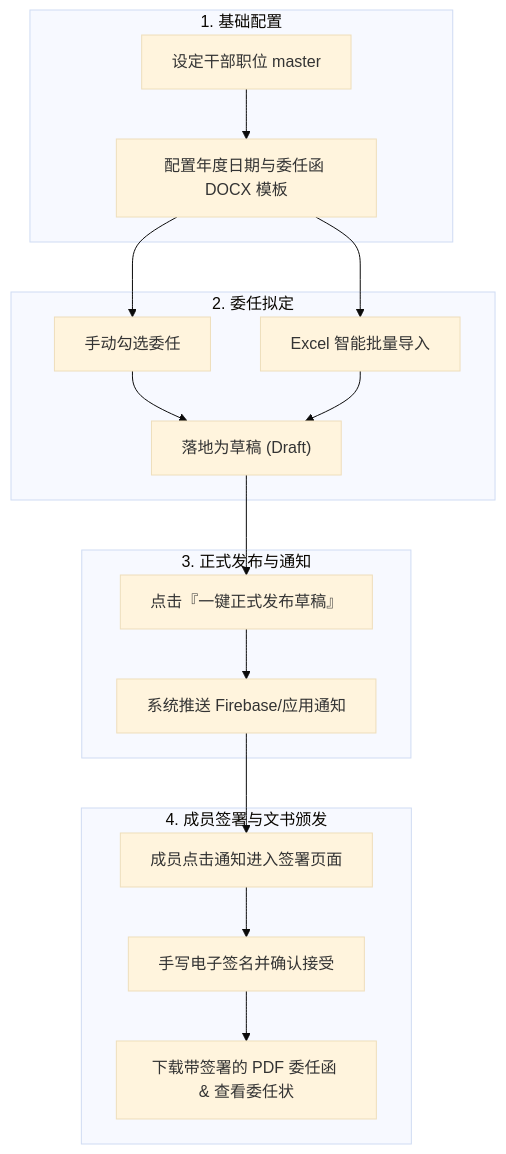
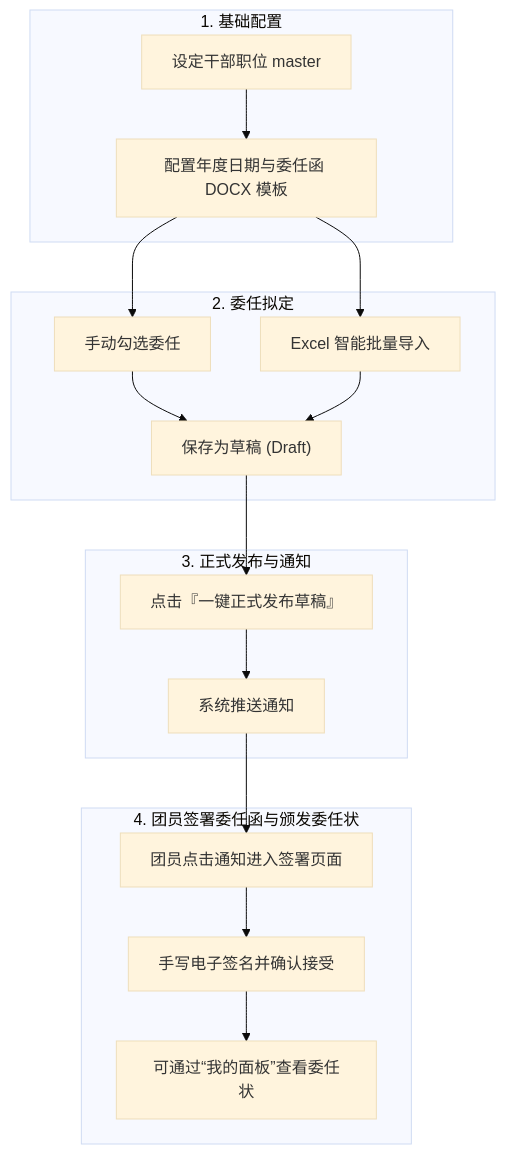
One commit to BKF521/pgy-docs changed the diagram in docs/ma/01-overview.md. Above: the diagram before and after it, drawn with Mermaid (base theme). The commit also changed other lines of this file and 20 other files, not shown here.

````diff
--- a/docs/ma/01-overview.md
+++ b/docs/ma/01-overview.md
@@ -17,25 +17,25 @@
 ```mermaid
 graph TD
     subgraph S1["1. 基础配置"]
         A["设定干部职位 master"] --> B["配置年度日期与委任函 DOCX 模板"]
     end
 
     subgraph S2["2. 委任拟定"]
-        C["手动勾选委任"] --> E["落地为草稿 (Draft)"]
+        C["手动勾选委任"] --> E["保存为草稿 (Draft)"]
         D["Excel 智能批量导入"] --> E
     end
 
     B --> C
     B --> D
 
     subgraph S3["3. 正式发布与通知"]
         E --> F["点击『一键正式发布草稿』"]
-        F --> G["系统推送 Firebase/应用通知"]
+        F --> G["系统推送通知"]
     end
 
-    subgraph S4["4. 成员签署与文书颁发"]
-        G --> H["成员点击通知进入签署页面"]
+    subgraph S4["4. 团员签署委任函与颁发委任状"]
+        G --> H["团员点击通知进入签署页面"]
         H --> I["手写电子签名并确认接受"]
-        I --> J["下载带签署的 PDF 委任函 & 查看委任状"]
+        I --> J["可通过“我的面板”查看委任状"]
     end
 ```
````
